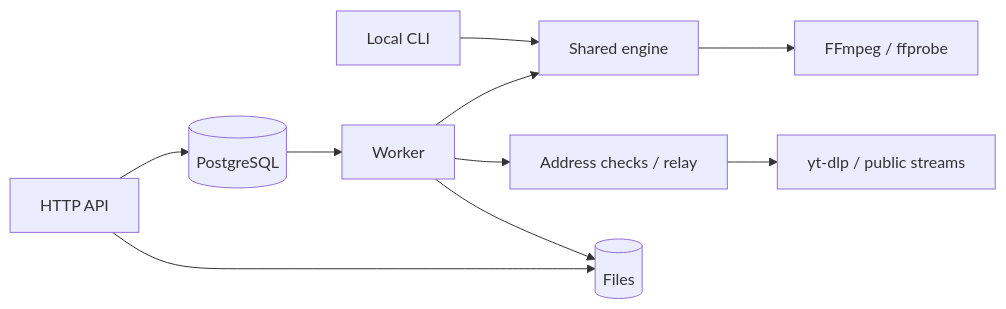
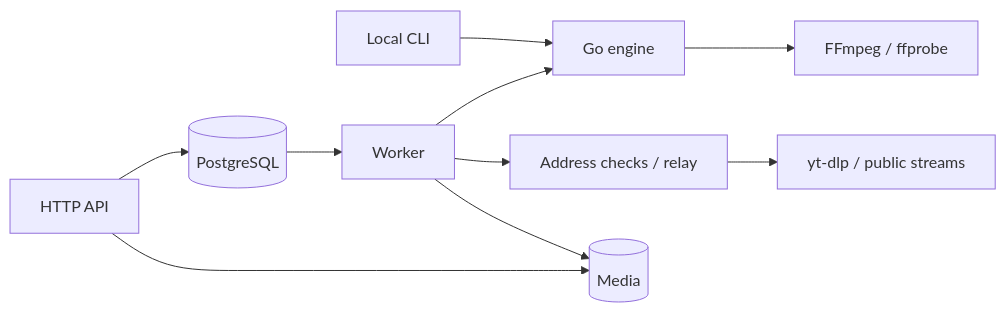
One commit to Kay0k1/cutmyvideo-core changed the diagram in README.en.md. Above: the diagram before and after it, drawn with Mermaid. The commit also changed other lines of this file and 51 other files, not shown here.

````diff
--- a/README.en.md
+++ b/README.en.md
@@ -146,12 +99,12 @@
 ```mermaid
 flowchart LR
-    CLI[Local CLI] --> Engine[Shared engine]
-    HTTP[HTTP API] --> DB[(PostgreSQL)]
+    CLI[Local CLI] --> Engine[Go engine]
+    API[HTTP API] --> DB[(PostgreSQL)]
     DB --> Worker[Worker]
     Worker --> Engine
     Engine --> FF[FFmpeg / ffprobe]
     Worker --> Guard[Address checks / relay]
-    Guard --> Platform[yt-dlp / public streams]
-    Worker --> Disk[(Files)]
-    HTTP --> Disk
+    Guard --> Source[yt-dlp / public streams]
+    Worker --> Disk[(Media)]
+    API --> Disk
 ```
````
